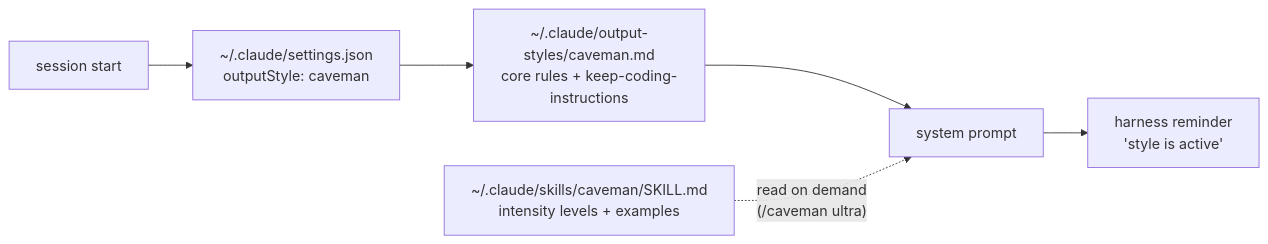
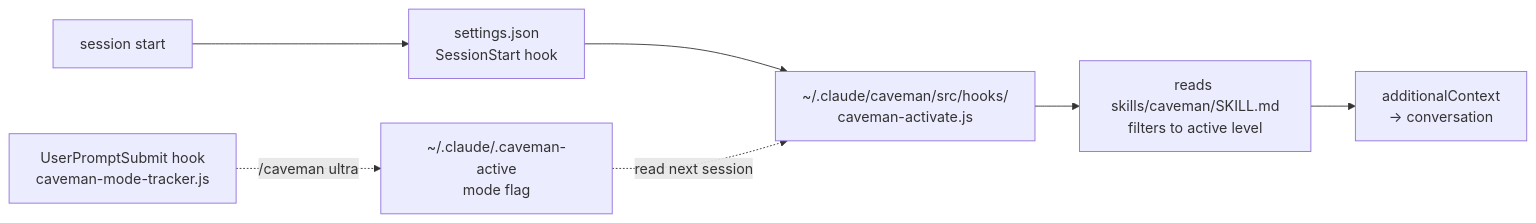
Before and after one commit to pilniczek/important: the diagram in content/always-on-output-style.md, drawn with Mermaid. The commit also changed other lines of this file and 10 other files, not shown here.

````diff
--- a/content/always-on-output-style.md
+++ b/content/always-on-output-style.md
@@ -36,8 +94,9 @@
 ```mermaid
 flowchart LR
-  A["session start"] --> B["~/.claude/settings.json<br/>outputStyle: caveman"]
-  B --> C["~/.claude/output-styles/caveman.md<br/>core rules + keep-coding-instructions"]
-  C --> D["system prompt"]
-  D --> E["harness reminder<br/>'style is active'"]
-  F["~/.claude/skills/caveman/SKILL.md<br/>intensity levels + examples"] -. "read on demand<br/>(/caveman ultra)" .-> D
+  A["session start"] --> B["settings.json<br/>SessionStart hook"]
+  B --> C["~/.claude/caveman/src/hooks/<br/>caveman-activate.js"]
+  C --> D["reads skills/caveman/SKILL.md<br/>filters to active level"]
+  D --> E["additionalContext<br/>-> conversation"]
+  F["UserPromptSubmit hook<br/>caveman-mode-tracker.js"] -. "/caveman ultra"  .-> G["~/.claude/.caveman-active<br/>mode flag"]
+  G -. "read next session" .-> C
 ```
````
